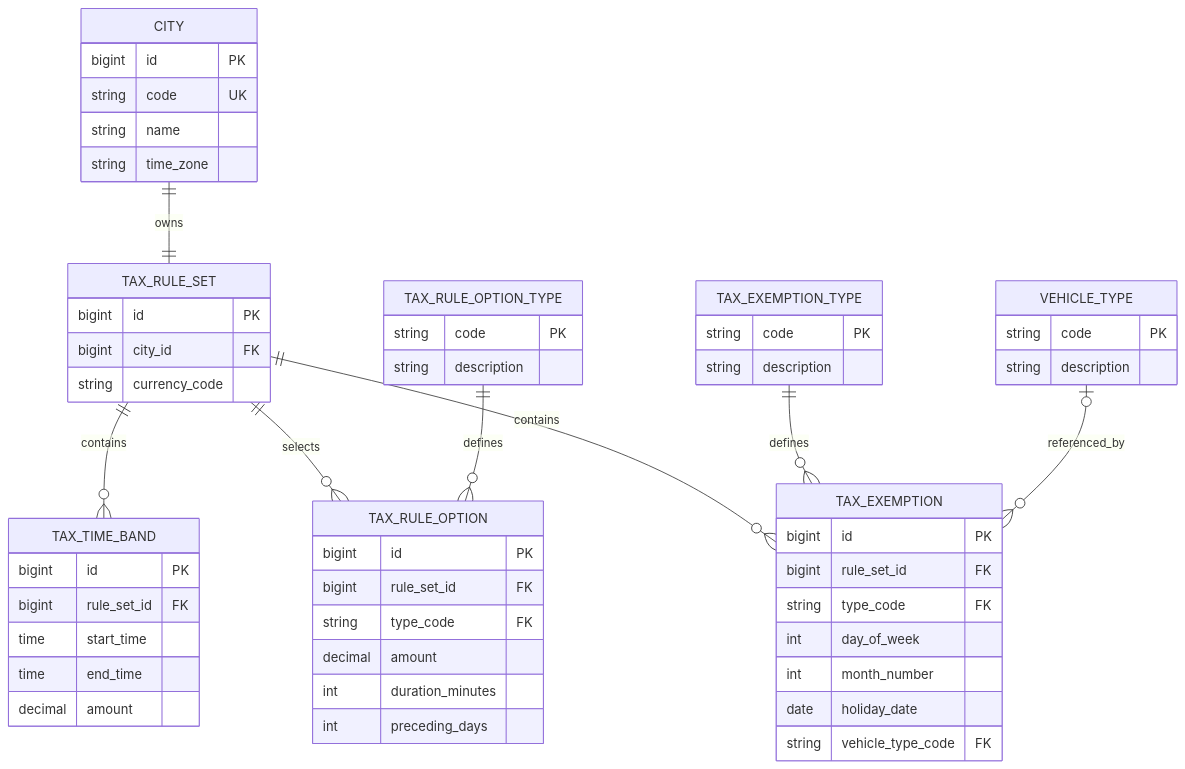
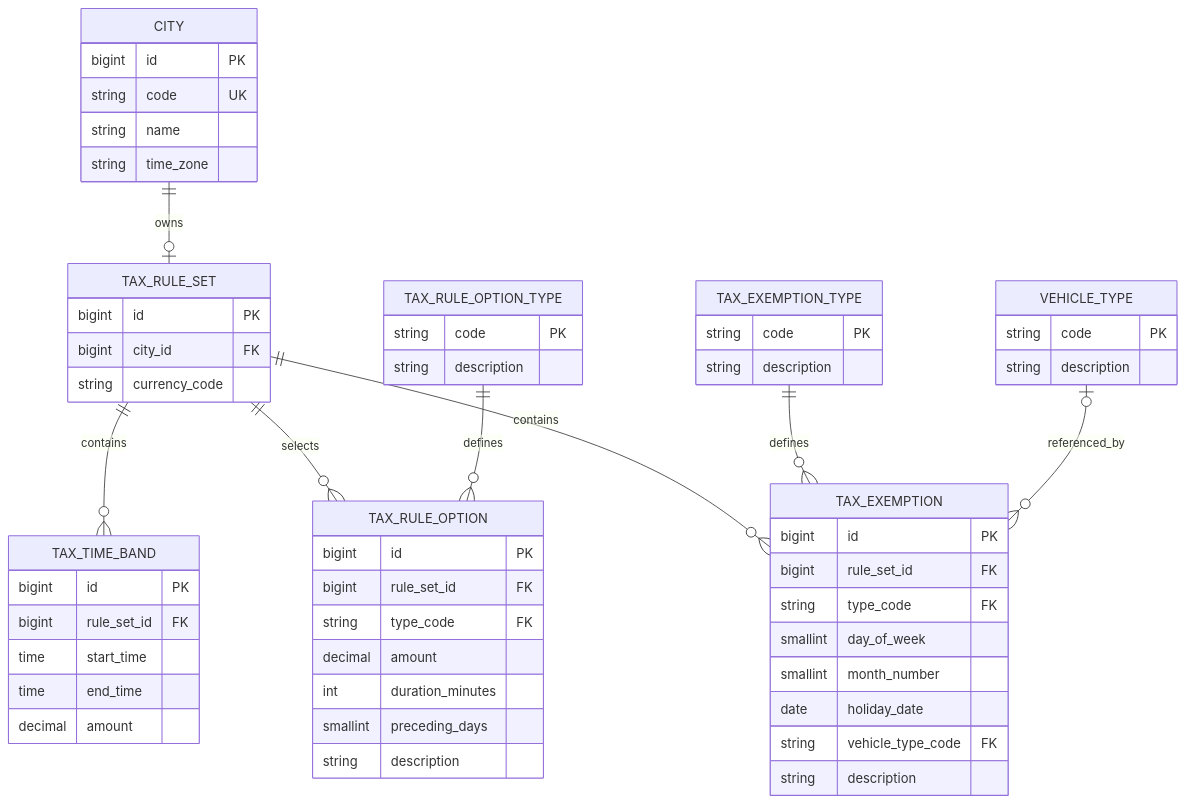
Before and after one commit to igrgin/congestion-tax-calculator: the diagram in docs/persistence.md, drawn with Mermaid. The commit also changed other lines of this file and 3 other files, not shown here.

Commit message:
Refine documentation diagrams and examples for #9

````diff
--- a/docs/persistence.md
+++ b/docs/persistence.md
@@ -7,58 +7,60 @@
 ```mermaid
 erDiagram
-    CITY ||--|| TAX_RULE_SET : owns
+    CITY ||--o| TAX_RULE_SET : owns
     TAX_RULE_SET ||--o{ TAX_TIME_BAND : contains
     TAX_RULE_SET ||--o{ TAX_RULE_OPTION : selects
     TAX_RULE_OPTION_TYPE ||--o{ TAX_RULE_OPTION : defines
     TAX_RULE_SET ||--o{ TAX_EXEMPTION : contains
     TAX_EXEMPTION_TYPE ||--o{ TAX_EXEMPTION : defines
     VEHICLE_TYPE o|--o{ TAX_EXEMPTION : referenced_by
 
     CITY {
         bigint id PK
         string code UK
         string name
         string time_zone
     }
     VEHICLE_TYPE {
         string code PK
         string description
     }
     TAX_RULE_SET {
         bigint id PK
         bigint city_id FK
         string currency_code
     }
     TAX_TIME_BAND {
         bigint id PK
         bigint rule_set_id FK
         time start_time
         time end_time
         decimal amount
     }
     TAX_RULE_OPTION_TYPE {
         string code PK
         string description
     }
     TAX_RULE_OPTION {
         bigint id PK
         bigint rule_set_id FK
         string type_code FK
         decimal amount
         int duration_minutes
-        int preceding_days
+        smallint preceding_days
+        string description
     }
     TAX_EXEMPTION_TYPE {
         string code PK
         string description
     }
     TAX_EXEMPTION {
         bigint id PK
         bigint rule_set_id FK
         string type_code FK
-        int day_of_week
-        int month_number
+        smallint day_of_week
+        smallint month_number
         date holiday_date
         string vehicle_type_code FK
+        string description
     }
 ```
````
